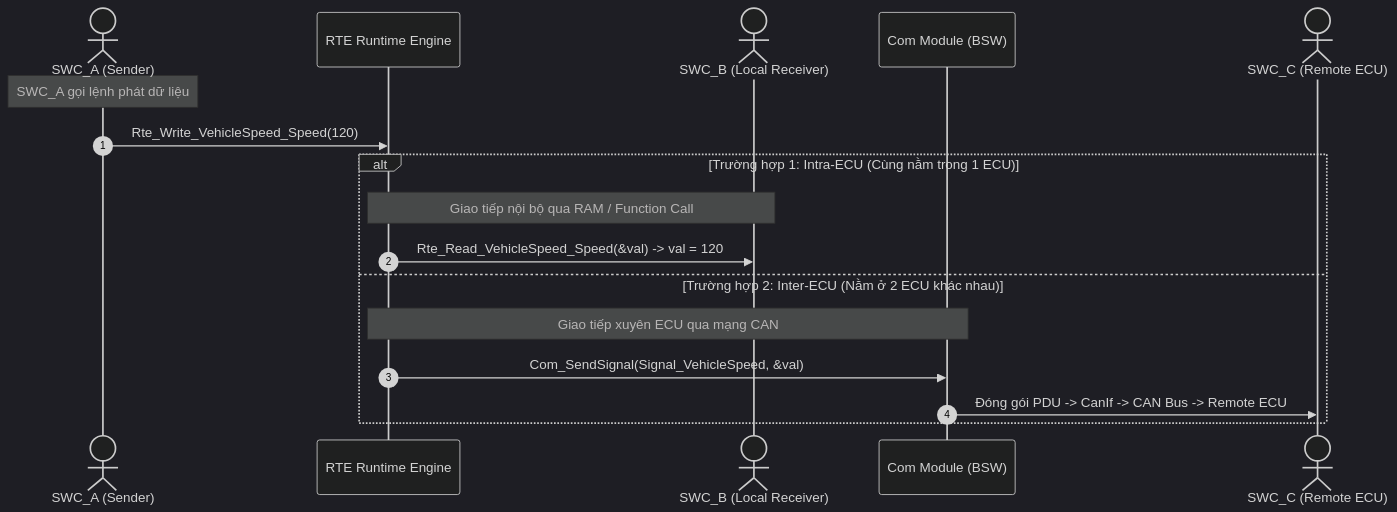
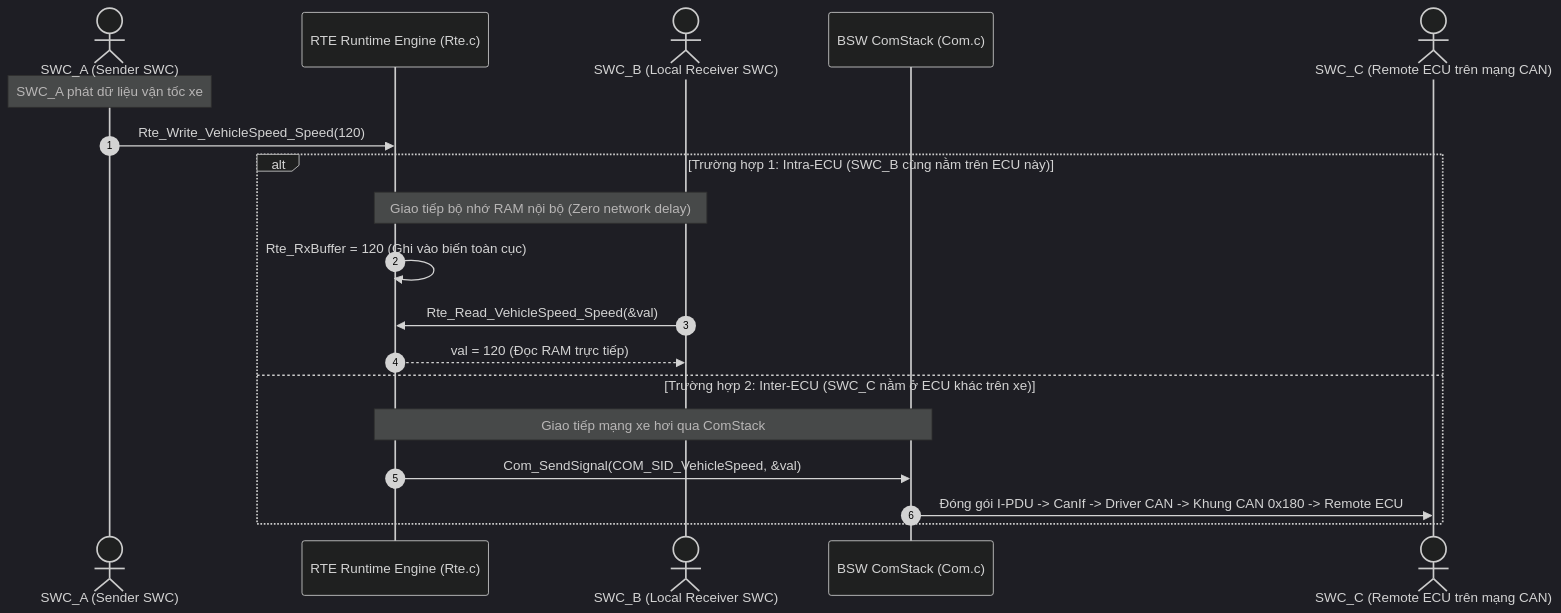
Before and after one commit to liemvu12/Study_AUTOSAR: the second of 5 diagrams in docs/theory/01_AUTOSAR_Layered_Architecture_And_VFB_Masterclass.md, drawn with Mermaid (dark theme). The commit also changed other lines of this file and 84 other files, not shown here.

````diff
--- a/docs/theory/01_AUTOSAR_Layered_Architecture_And_VFB_Masterclass.md
+++ b/docs/theory/01_AUTOSAR_Layered_Architecture_And_VFB_Masterclass.md
@@ -695,21 +804,23 @@
 ```mermaid
 sequenceDiagram
     autonumber
-    actor SWC_A as SWC_A (Sender)
-    participant RTE as RTE Runtime Engine
-    actor SWC_B as SWC_B (Local Receiver)
-    participant COM as Com Module (BSW)
-    actor SWC_C as SWC_C (Remote ECU)
+    actor SWC_A as SWC_A (Sender SWC)
+    participant RTE as RTE Runtime Engine (Rte.c)
+    actor SWC_B as SWC_B (Local Receiver SWC)
+    participant COM as BSW ComStack (Com.c)
+    actor SWC_C as SWC_C (Remote ECU trên mạng CAN)
 
-    Note over SWC_A: SWC_A gọi lệnh phát dữ liệu
+    Note over SWC_A: SWC_A phát dữ liệu vận tốc xe
     SWC_A->>RTE: Rte_Write_VehicleSpeed_Speed(120)
     
-    alt Trường hợp 1: Intra-ECU (Cùng nằm trong 1 ECU)
-        Note over RTE,SWC_B: Giao tiếp nội bộ qua RAM / Function Call
-        RTE->>SWC_B: Rte_Read_VehicleSpeed_Speed(&val) -> val = 120
-    else Trường hợp 2: Inter-ECU (Nằm ở 2 ECU khác nhau)
-        Note over RTE,COM: Giao tiếp xuyên ECU qua mạng CAN
-        RTE->>COM: Com_SendSignal(Signal_VehicleSpeed, &val)
-        COM->>SWC_C: Đóng gói PDU -> CanIf -> CAN Bus -> Remote ECU
+    alt Trường hợp 1: Intra-ECU (SWC_B cùng nằm trên ECU này)
+        Note over RTE,SWC_B: Giao tiếp bộ nhớ RAM nội bộ (Zero network delay)
+        RTE->>RTE: Rte_RxBuffer = 120 (Ghi vào biến toàn cục)
+        SWC_B->>RTE: Rte_Read_VehicleSpeed_Speed(&val)
+        RTE-->>SWC_B: val = 120 (Đọc RAM trực tiếp)
+    else Trường hợp 2: Inter-ECU (SWC_C nằm ở ECU khác trên xe)
+        Note over RTE,COM: Giao tiếp mạng xe hơi qua ComStack
+        RTE->>COM: Com_SendSignal(COM_SID_VehicleSpeed, &val)
+        COM->>SWC_C: Đóng gói I-PDU -> CanIf -> Driver CAN -> Khung CAN 0x180 -> Remote ECU
     end
 ```
````
